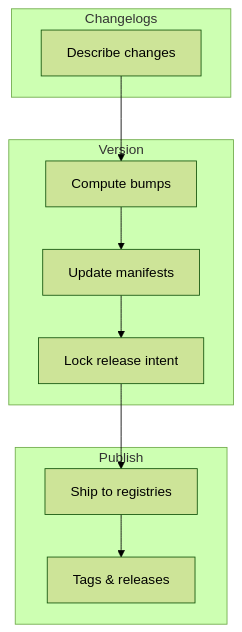
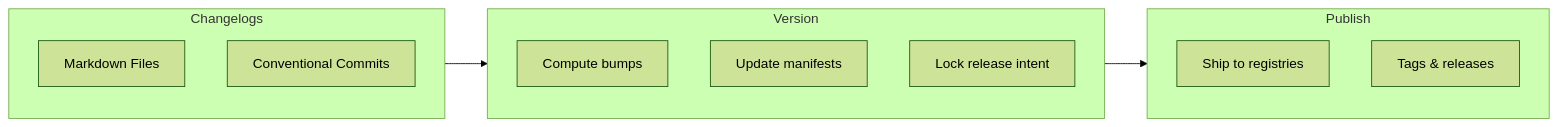
Before and after one commit to fuma-nama/tegami: the diagram in apps/docs/content/index.mdx, drawn with Mermaid (forest theme). The commit also changed other lines of this file and 1 other file, not shown here.

````diff
--- a/apps/docs/content/index.mdx
+++ b/apps/docs/content/index.mdx
@@ -28,19 +34,23 @@
 ```mermaid
-flowchart TD
-  subgraph changelogs [Changelogs]
-    A[Describe changes]
+flowchart LR
+  subgraph Changelogs
+    direction TB
+    A1[Markdown Files]
+    A2[Conventional Commits]
   end
 
-  subgraph version [Version]
+  subgraph Version
+    direction TB
     B[Compute bumps]
     C[Update manifests]
     D[Lock release intent]
   end
 
-  subgraph publish [Publish]
+  subgraph Publish
+    direction TB
     E[Ship to registries]
     F[Tags & releases]
   end
 
-  A --> B --> C --> D --> E --> F
+  Changelogs --> Version --> Publish
 ```
````
